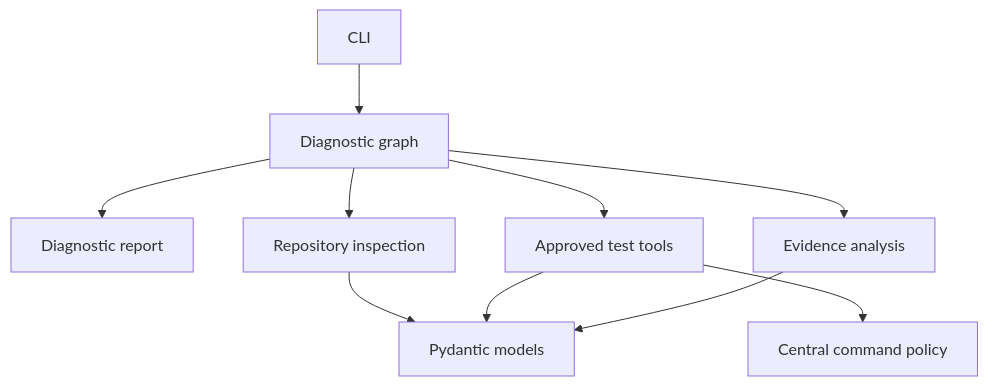
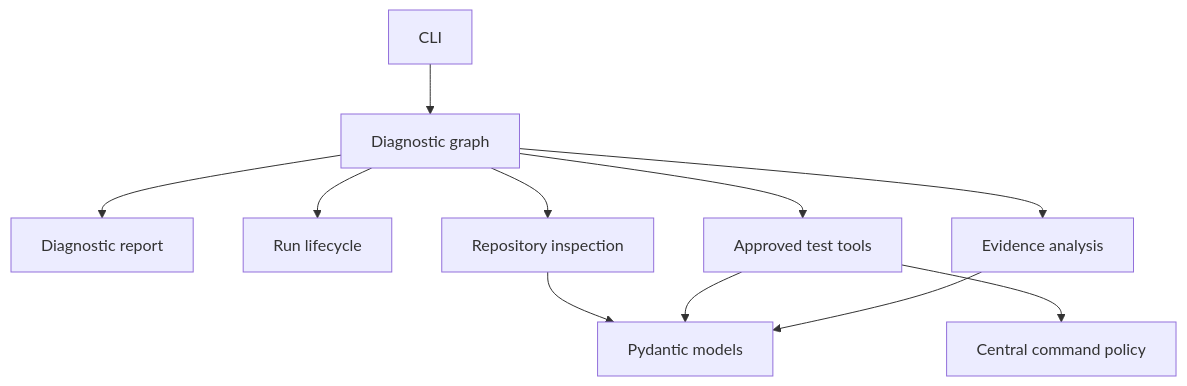
Before and after one commit to Br111t/agent-ops: the first of 2 diagrams in docs/architecture.md, drawn with Mermaid. The commit also changed other lines of this file and 4 other files, not shown here.

````diff
--- a/docs/architecture.md
+++ b/docs/architecture.md
@@ -37,12 +37,13 @@
 ```mermaid
 flowchart TD
     CLI[CLI] --> Graph[Diagnostic graph]
     Graph --> Report[Diagnostic report]
+    Graph --> Run[Run lifecycle]
     Graph --> Repo[Repository inspection]
     Graph --> Tools[Approved test tools]
     Graph --> Analysis[Evidence analysis]
     Repo --> Models[Pydantic models]
     Tools --> Models
     Analysis --> Models
     Tools --> Policy[Central command policy]
 ```
````
